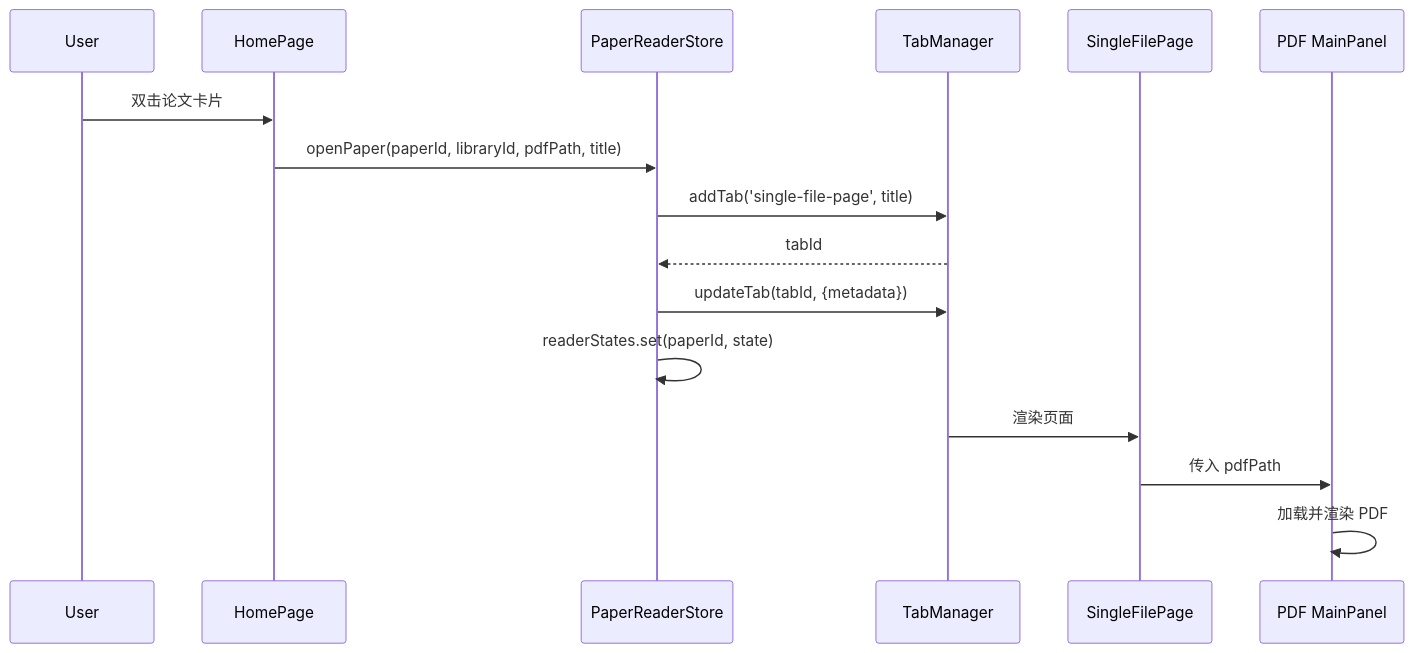
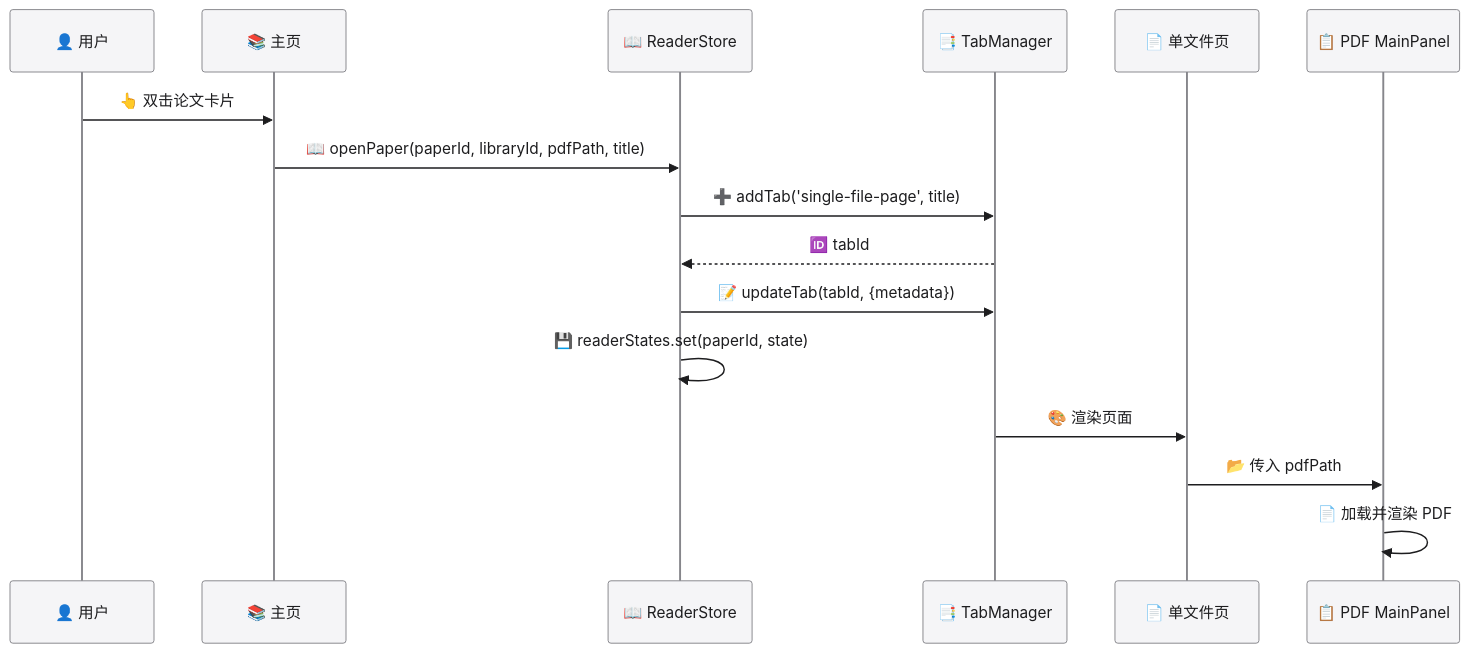
One commit to zhaowendao2005/Prisim-PaperLib---ProjectFolder changed diagram 12 of 13 in docs/Wiki/wiki.md. Above: the diagram before and after it, drawn with Mermaid. The commit also changed other lines of this file and 2 other files, not shown here.

````diff
--- a/docs/Wiki/wiki.md
+++ b/docs/Wiki/wiki.md
@@ -611,19 +844,20 @@
 ```mermaid
+%%{init: {'theme':'base', 'themeVariables': { 'primaryColor':'#f5f5f7','primaryTextColor':'#1d1d1f','primaryBorderColor':'#86868b','lineColor':'#0071e3','secondaryColor':'#e8f4fd','tertiaryColor':'#fff4e6','fontSize':'14px','fontFamily':'SF Pro Text, -apple-system, sans-serif'}}}%%
 sequenceDiagram
-    participant User
-    participant HomePage
-    participant ReaderStore as PaperReaderStore
-    participant TabManager
-    participant SingleFilePage
-    participant MainPanel as PDF MainPanel
+    participant User as 👤 用户
+    participant HomePage as 📚 主页
+    participant ReaderStore as 📖 ReaderStore
+    participant TabManager as 📑 TabManager
+    participant SingleFilePage as 📄 单文件页
+    participant MainPanel as 📋 PDF MainPanel
     
-    User->>HomePage: 双击论文卡片
-    HomePage->>ReaderStore: openPaper(paperId, libraryId, pdfPath, title)
-    ReaderStore->>TabManager: addTab('single-file-page', title)
-    TabManager-->>ReaderStore: tabId
-    ReaderStore->>TabManager: updateTab(tabId, {metadata})
-    ReaderStore->>ReaderStore: readerStates.set(paperId, state)
-    TabManager->>SingleFilePage: 渲染页面
-    SingleFilePage->>MainPanel: 传入 pdfPath
-    MainPanel->>MainPanel: 加载并渲染 PDF
+    User->>HomePage: 👆 双击论文卡片
+    HomePage->>ReaderStore: 📖 openPaper(paperId, libraryId, pdfPath, title)
+    ReaderStore->>TabManager: ➕ addTab('single-file-page', title)
+    TabManager-->>ReaderStore: 🆔 tabId
+    ReaderStore->>TabManager: 📝 updateTab(tabId, {metadata})
+    ReaderStore->>ReaderStore: 💾 readerStates.set(paperId, state)
+    TabManager->>SingleFilePage: 🎨 渲染页面
+    SingleFilePage->>MainPanel: 📂 传入 pdfPath
+    MainPanel->>MainPanel: 📄 加载并渲染 PDF
 ```
````
